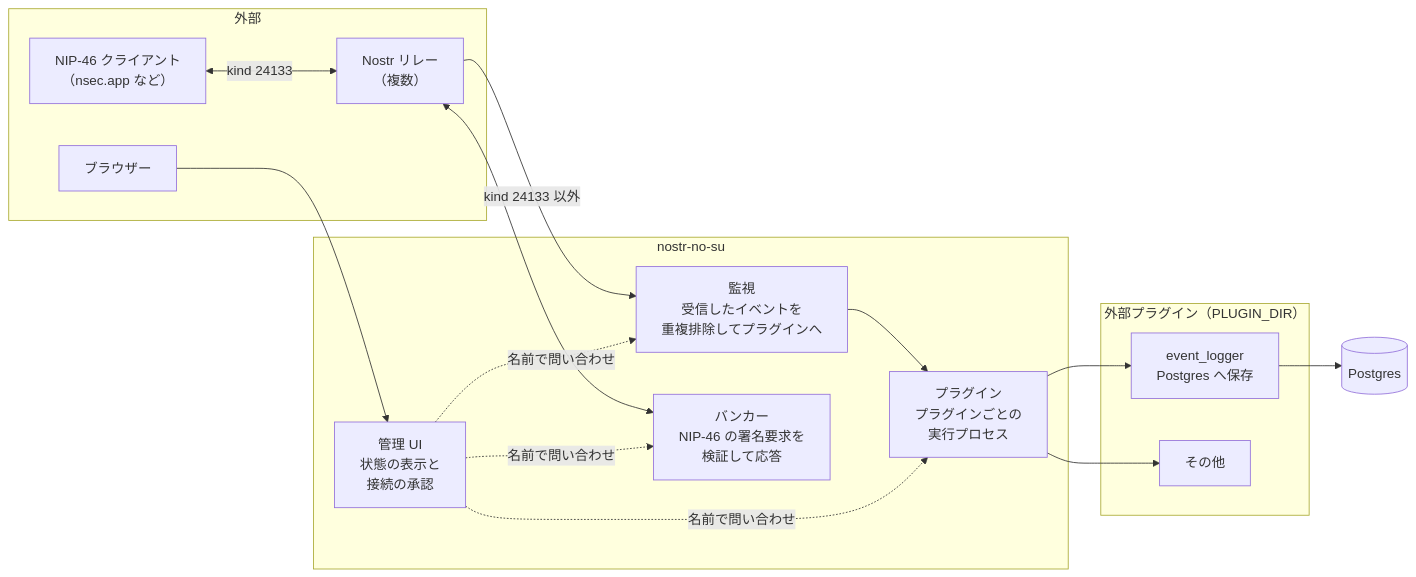
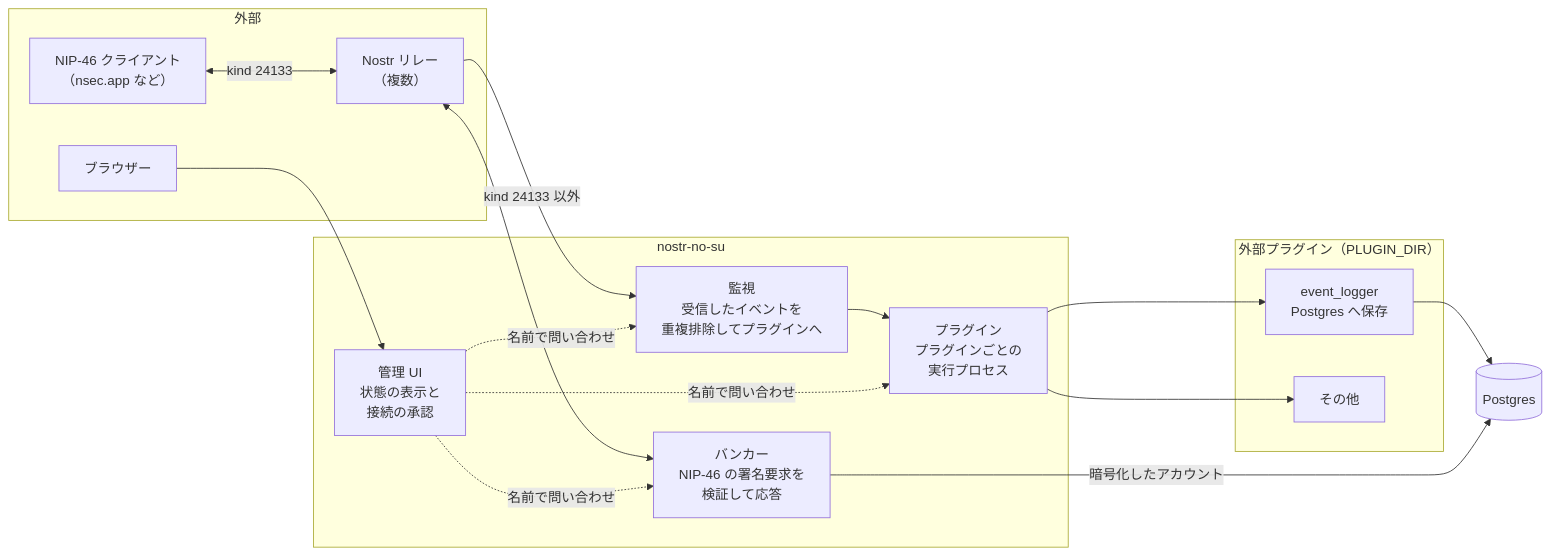
One commit to neverclear86/nostr-no-su changed the first of 5 diagrams in docs/architecture.md. Above: the diagram before and after it, drawn with Mermaid. The commit also changed other lines of this file and 28 other files, not shown here.

````diff
--- a/docs/architecture.md
+++ b/docs/architecture.md
@@ -15,32 +15,33 @@
 ```mermaid
 flowchart LR
     subgraph external["外部"]
         relays["Nostr リレー<br/>（複数）"]
         client["NIP-46 クライアント<br/>（nsec.app など）"]
         browser["ブラウザー"]
     end
 
     subgraph host["nostr-no-su"]
         monitor["監視<br/>受信したイベントを<br/>重複排除してプラグインへ"]
         bunker["バンカー<br/>NIP-46 の署名要求を<br/>検証して応答"]
         plugins["プラグイン<br/>プラグインごとの<br/>実行プロセス"]
         admin["管理 UI<br/>状態の表示と<br/>接続の承認"]
     end
 
     subgraph ext_plugins["外部プラグイン（PLUGIN_DIR）"]
         event_logger["event_logger<br/>Postgres へ保存"]
         others["その他"]
     end
 
     relays -->|"kind 24133 以外"| monitor
     monitor --> plugins
     plugins --> event_logger
     plugins --> others
     client <-->|"kind 24133"| relays
     relays <--> bunker
     browser --> admin
     admin -.->|"名前で問い合わせ"| monitor
     admin -.->|"名前で問い合わせ"| bunker
     admin -.->|"名前で問い合わせ"| plugins
     event_logger --> postgres[("Postgres")]
+    bunker -->|"暗号化したアカウント"| postgres
 ```
````
